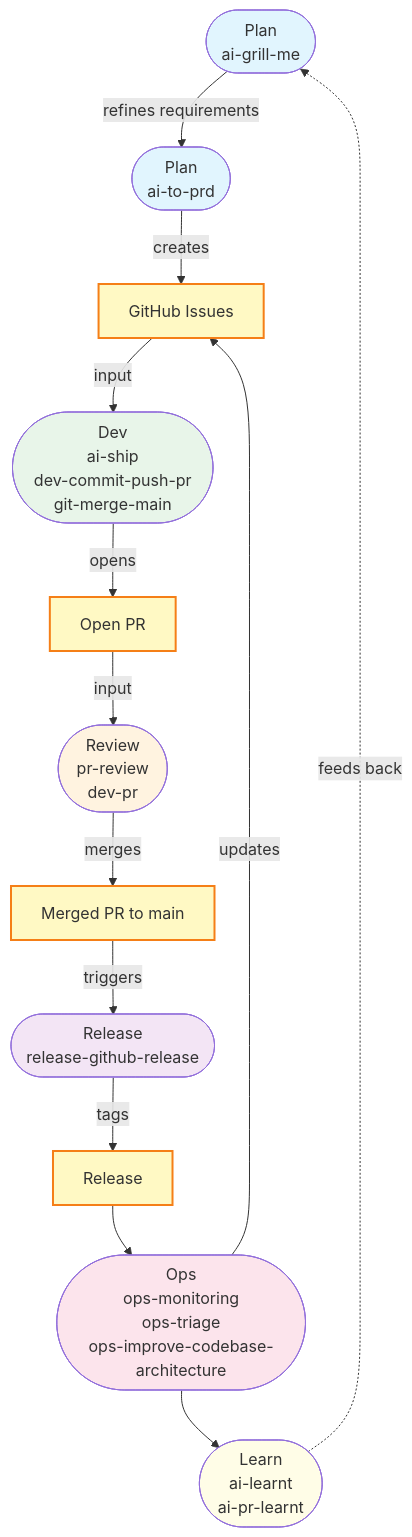
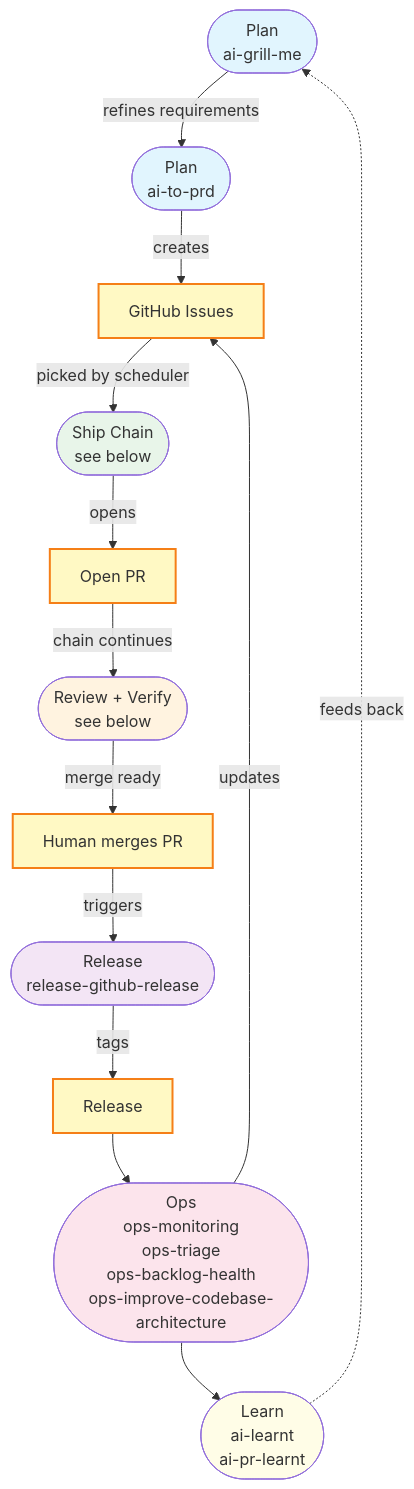
The first of 3 diagrams in docs/development-workflow.md (paulund/ai), drawn with Mermaid before and after one commit. The commit also changed other lines of this file and 7 other files, not shown here.

First line of the commit message:
feat: pr-review, pr-security-review, pr-verify chain skills + ops-backlog-health

````diff
--- a/docs/development-workflow.md
+++ b/docs/development-workflow.md
@@ -78,27 +84,27 @@
 ```mermaid
 flowchart TD
     A([Plan<br/>ai-grill-me]) -->|refines requirements| B([Plan<br/>ai-to-prd])
     B -->|creates| C[GitHub Issues]
-    C -->|input| D([Dev<br/>ai-ship<br/>dev-commit-push-pr<br/>git-merge-main])
+    C -->|picked by scheduler| D([Ship Chain<br/>see below])
     D -->|opens| E[Open PR]
-    E -->|input| F([Review<br/>pr-review<br/>dev-pr])
-    F -->|merges| G[Merged PR to main]
+    E -->|chain continues| F([Review + Verify<br/>see below])
+    F -->|merge ready| G[Human merges PR]
     G -->|triggers| H([Release<br/>release-github-release])
     H -->|tags| I[Release]
-    I --> J([Ops<br/>ops-monitoring<br/>ops-triage<br/>ops-improve-codebase-architecture])
+    I --> J([Ops<br/>ops-monitoring<br/>ops-triage<br/>ops-backlog-health<br/>ops-improve-codebase-architecture])
     J -->|updates| C
     J --> K([Learn<br/>ai-learnt<br/>ai-pr-learnt])
     K -.->|feeds back| A
 
     style A fill:#e1f5fe
     style B fill:#e1f5fe
     style C fill:#fff9c4,stroke:#f57f17,stroke-width:2px
     style D fill:#e8f5e9
     style E fill:#fff9c4,stroke:#f57f17,stroke-width:2px
     style F fill:#fff3e0
     style G fill:#fff9c4,stroke:#f57f17,stroke-width:2px
     style H fill:#f3e5f5
     style I fill:#fff9c4,stroke:#f57f17,stroke-width:2px
     style J fill:#fce4ec
     style K fill:#fffde7
 ```
````
